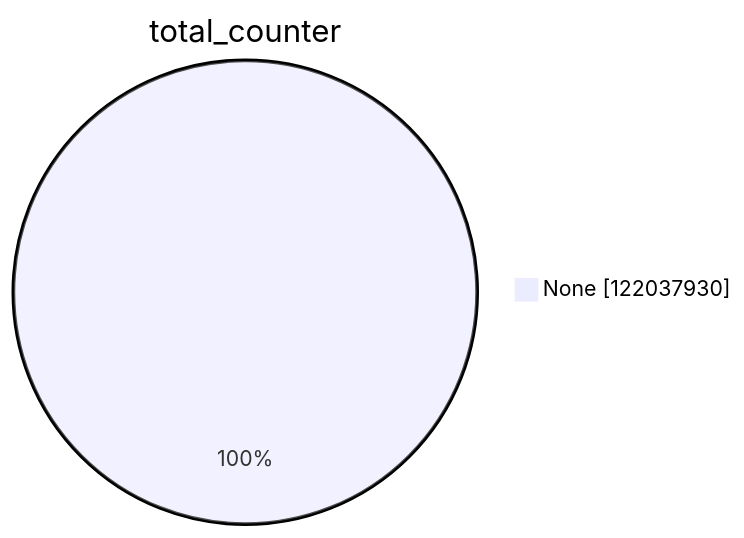
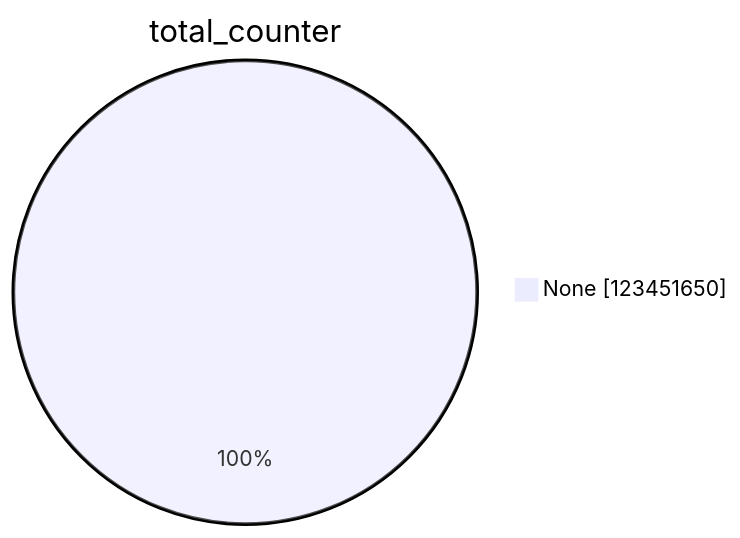
The first of 15 diagrams in xenon2023/README.md (christiankrug/ctmonitor_visualization), drawn with Mermaid before and after one commit. The commit also changed other lines of this file, not shown here.

````diff
--- a/xenon2023/README.md
+++ b/xenon2023/README.md
@@ -1,5 +1,5 @@
 ```mermaid
 pie showData
 title total_counter
-"None" :122037930
+"None" :123451650
 ```
````
